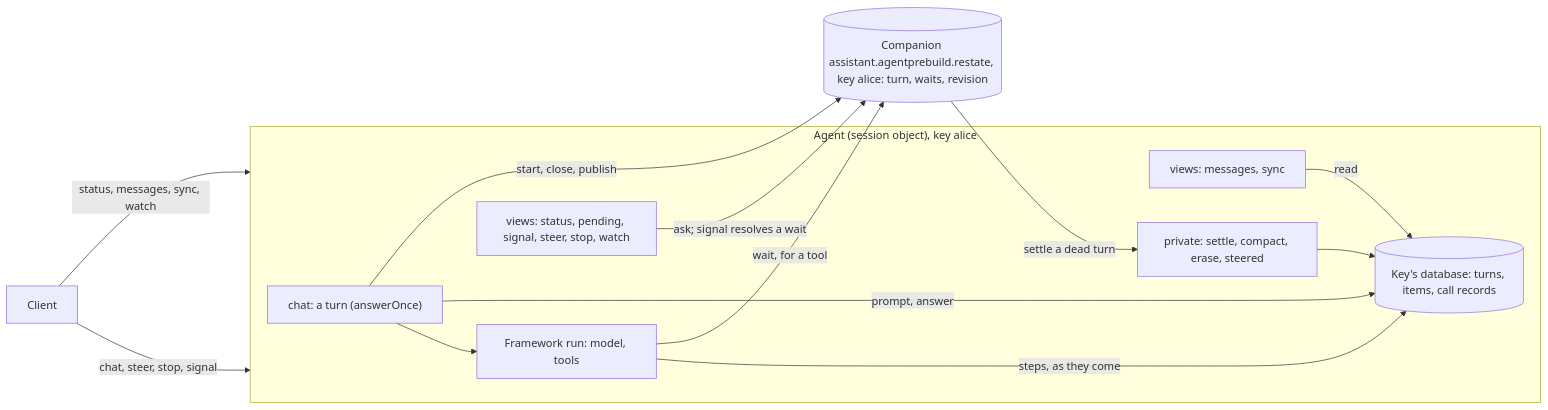
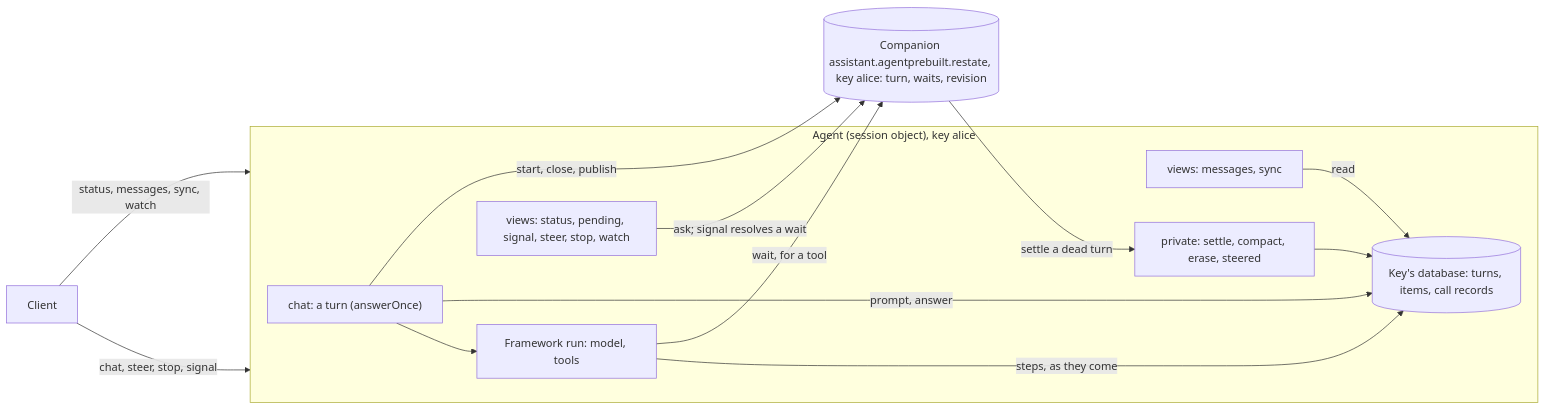
The diagram in packages/agents/docs/README.md (restatedev/sdk-sessions), drawn with Mermaid before and after one commit. The commit also changed other lines of this file and 15 other files, not shown here.

First line of the commit message:
Agents: the companion is `<agent>.agentprebuilt.restate`

````diff
--- a/packages/agents/docs/README.md
+++ b/packages/agents/docs/README.md
@@ -56,18 +56,18 @@
 ```mermaid
 flowchart LR
   C[Client] -- "chat, steer, stop, signal" --> A
   C -- "status, messages, sync, watch" --> A
   subgraph A["Agent (session object), key alice"]
     H["chat: a turn (answerOnce)"] --> F["Framework run: model, tools"]
     F -- "steps, as they come" --> T
     H -- "prompt, answer" --> T
     T[("Key's database: turns, items, call records")]
     V["views: messages, sync"] -- read --> T
     X["private: settle, compact, erase, steered"] --> T
     V2["views: status, pending, signal, steer, stop, watch"]
   end
-  H -- "start, close, publish" --> S[("Companion assistant.agentprebuild.restate, key alice: turn, waits, revision")]
+  H -- "start, close, publish" --> S[("Companion assistant.agentprebuilt.restate, key alice: turn, waits, revision")]
   F -- "wait, for a tool" --> S
   V2 -- "ask; signal resolves a wait" --> S
   S -- "settle a dead turn" --> X
 ```
````
